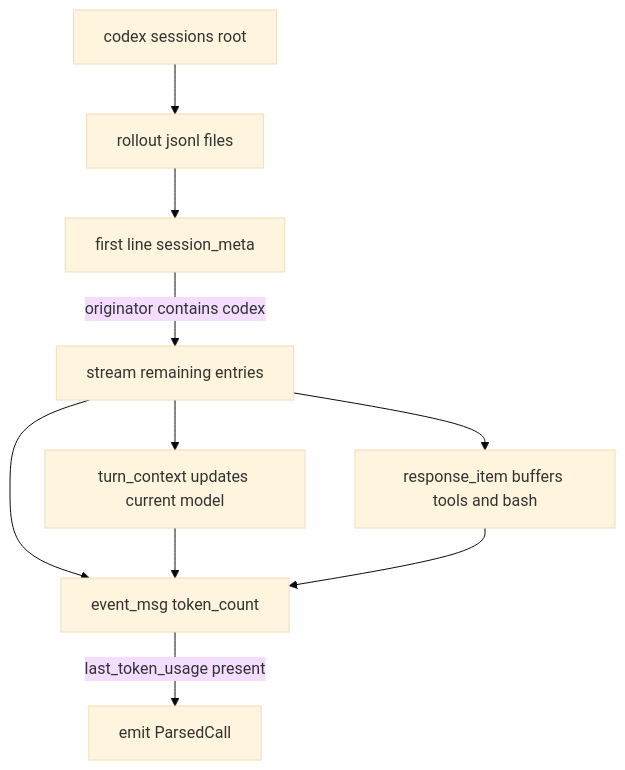
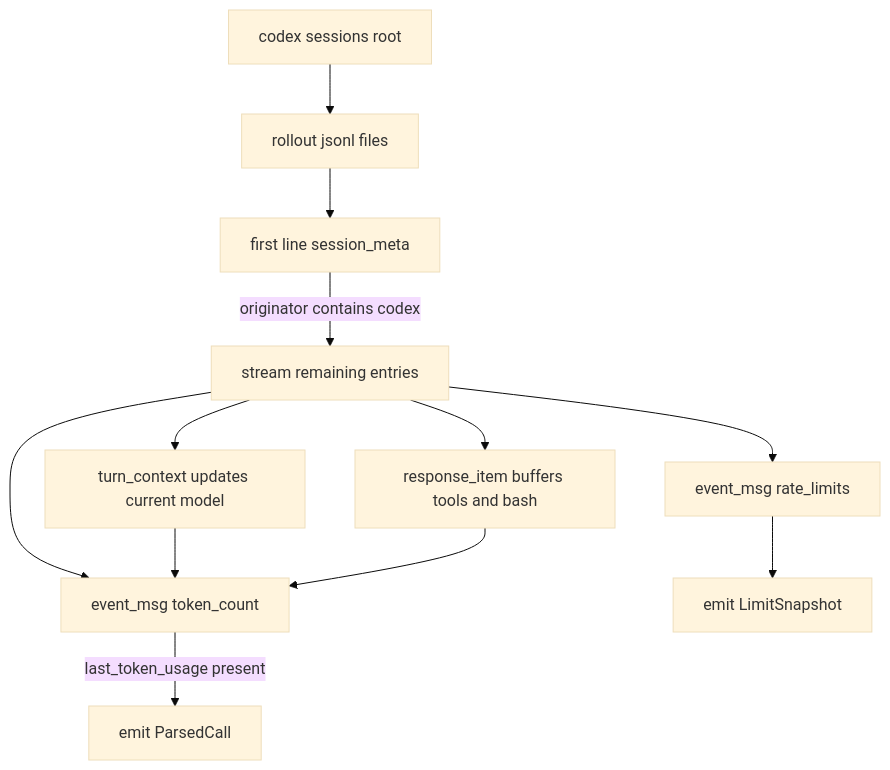
One commit to russmckendrick/tokenuse changed the first of 2 diagrams in docs/tools/codex.md. Above: the diagram before and after it, drawn with Mermaid (base theme). The commit also changed other lines of this file and 9 other files, not shown here.

First line of the commit message:
✨ feat(ui): add a usage page for local rate-limit snapshots

````diff
--- a/docs/tools/codex.md
+++ b/docs/tools/codex.md
@@ -22,12 +22,14 @@
 ```mermaid
 flowchart TD
     A[codex sessions root] --> B[rollout jsonl files]
     B --> C[first line session_meta]
     C -->|originator contains codex| D[stream remaining entries]
     D --> E[turn_context updates current model]
     D --> F[response_item buffers tools and bash]
     D --> G[event_msg token_count]
+    D --> I[event_msg rate_limits]
     E --> G
     F --> G
     G -->|last_token_usage present| H[emit ParsedCall]
+    I --> J[emit LimitSnapshot]
 ```
````
